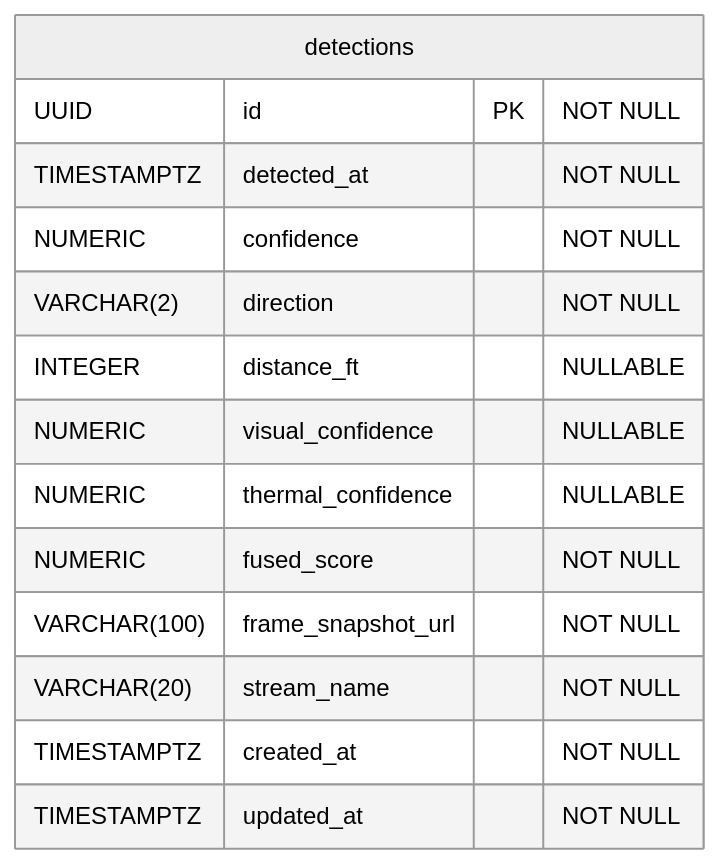
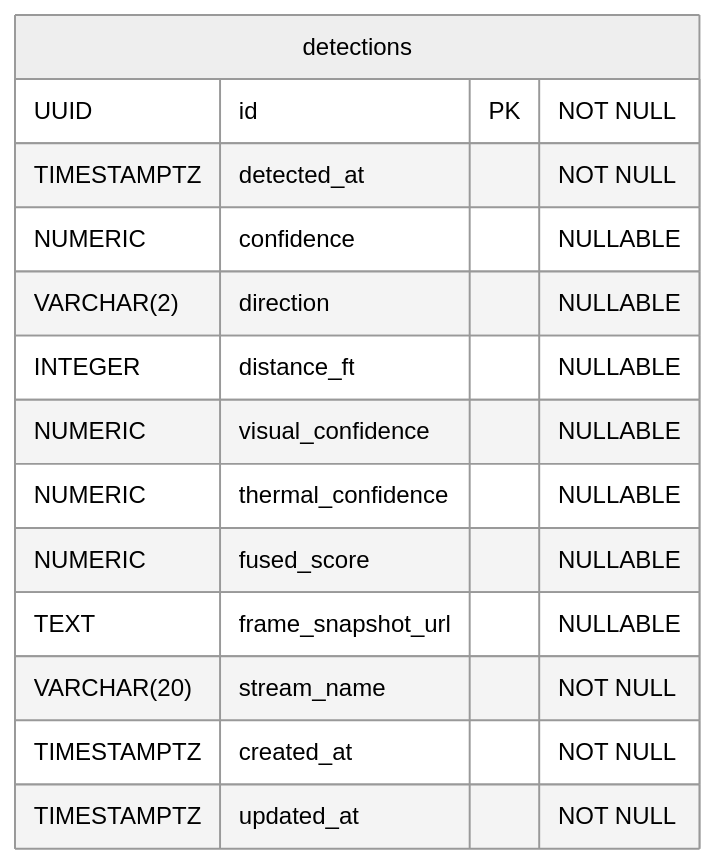
Before and after one commit to azizs1/multimodal-drone-detection: the diagram in sql/schema-diagram.md, drawn with Mermaid (neutral theme). The commit also changed other lines of this file, not shown here.

Commit message:
Update schema diagram to reflect nullable fields for confidence metrics and frame snapshot URL

````diff
--- a/sql/schema-diagram.md
+++ b/sql/schema-diagram.md
@@ -5,18 +5,18 @@
 ```mermaid
 erDiagram
     detections {
         UUID id PK "NOT NULL"
         TIMESTAMPTZ detected_at "NOT NULL"
-        NUMERIC confidence "NOT NULL"
-        VARCHAR(2) direction "NOT NULL"
+        NUMERIC confidence "NULLABLE"
+        VARCHAR(2) direction "NULLABLE"
         INTEGER distance_ft "NULLABLE"
         NUMERIC visual_confidence "NULLABLE"
         NUMERIC thermal_confidence "NULLABLE"
-        NUMERIC fused_score "NOT NULL"
-        VARCHAR(100) frame_snapshot_url "NOT NULL"
+        NUMERIC fused_score "NULLABLE"
+        TEXT frame_snapshot_url "NULLABLE"
         VARCHAR(20) stream_name "NOT NULL"
         TIMESTAMPTZ created_at "NOT NULL"
         TIMESTAMPTZ updated_at "NOT NULL"
     }
 
 ```
````
